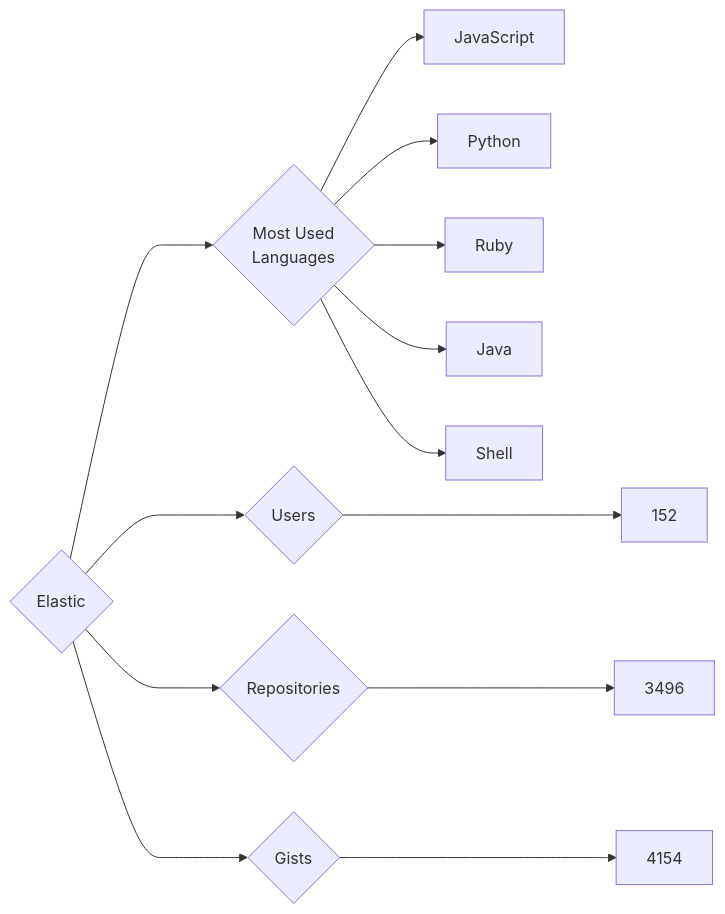
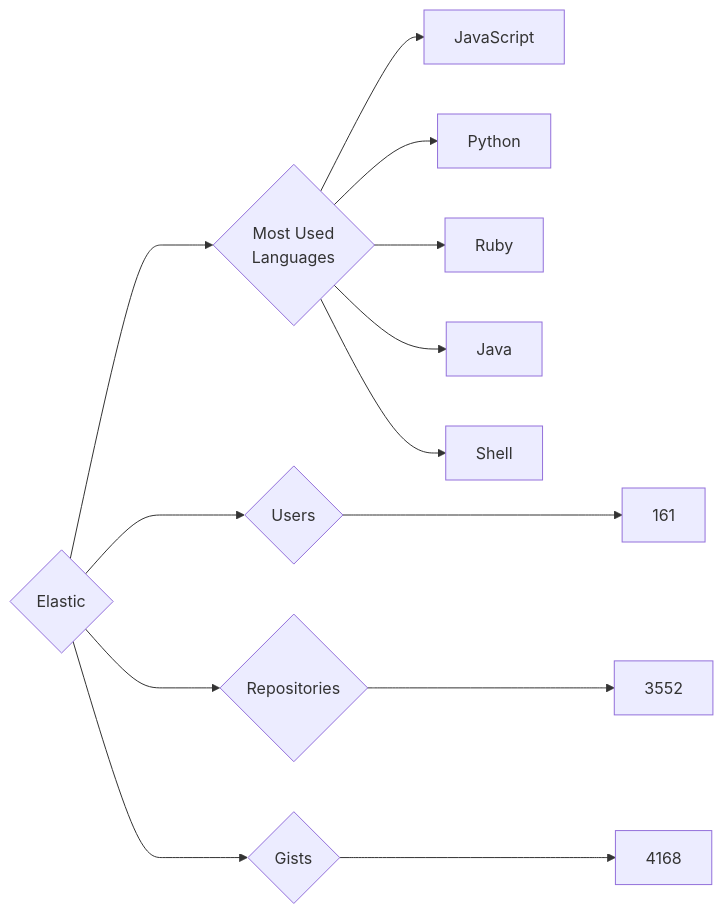
One commit to trickest/insiders changed the diagram in targets/Elastic/README.md. Above: the diagram before and after it, drawn with Mermaid. The commit also changed 891 other files, not shown here.

````diff
--- a/targets/Elastic/README.md
+++ b/targets/Elastic/README.md
@@ -3,13 +3,13 @@
 ```mermaid
 graph LR
 COMPANY_NAME{Elastic}
-COMPANY_NAME ---> U{Users} ---> UN[152]
-COMPANY_NAME ---> R{Repositories} ---> RN[3496]
-COMPANY_NAME ---> G{Gists} ---> GN[4154]
+COMPANY_NAME ---> U{Users} ---> UN[161]
+COMPANY_NAME ---> R{Repositories} ---> RN[3552]
+COMPANY_NAME ---> G{Gists} ---> GN[4168]
 COMPANY_NAME ---> ML{Most Used<br>Languages}
 ML --> JavaScript[JavaScript]
 ML --> Python[Python]
 ML --> Ruby[Ruby]
 ML --> Java[Java]
 ML --> Shell[Shell]
 ```
````
